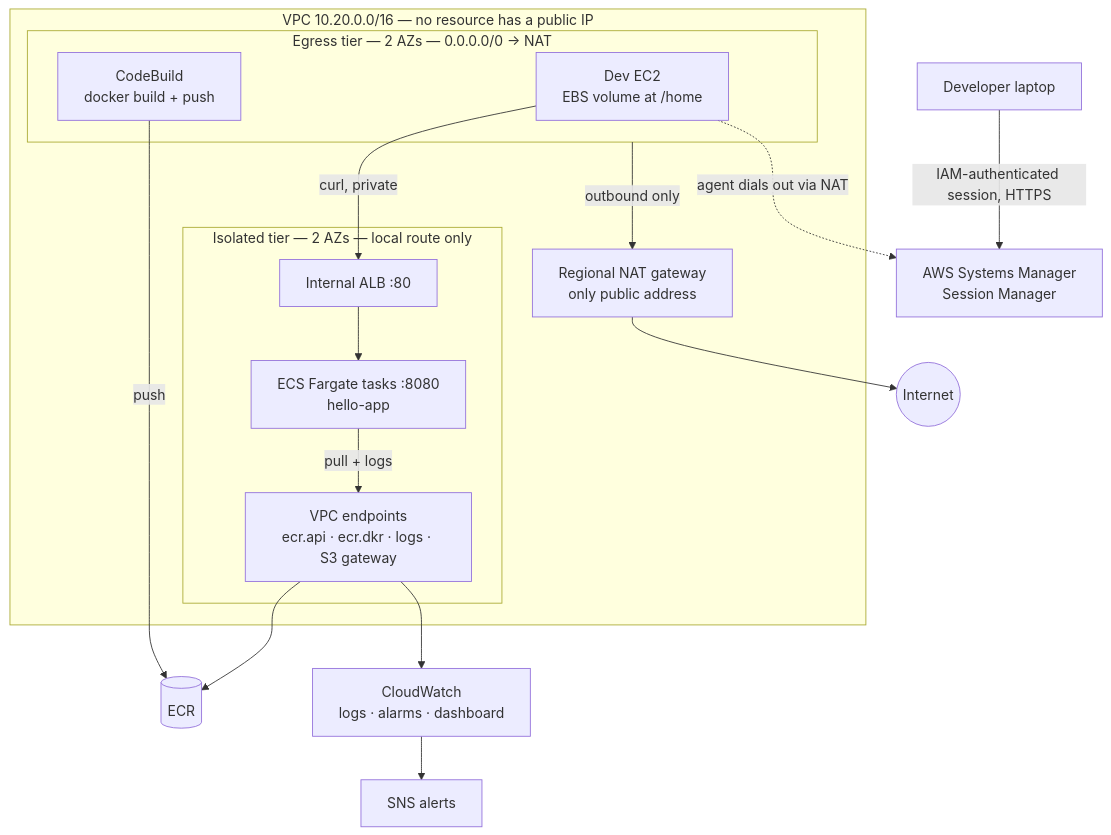
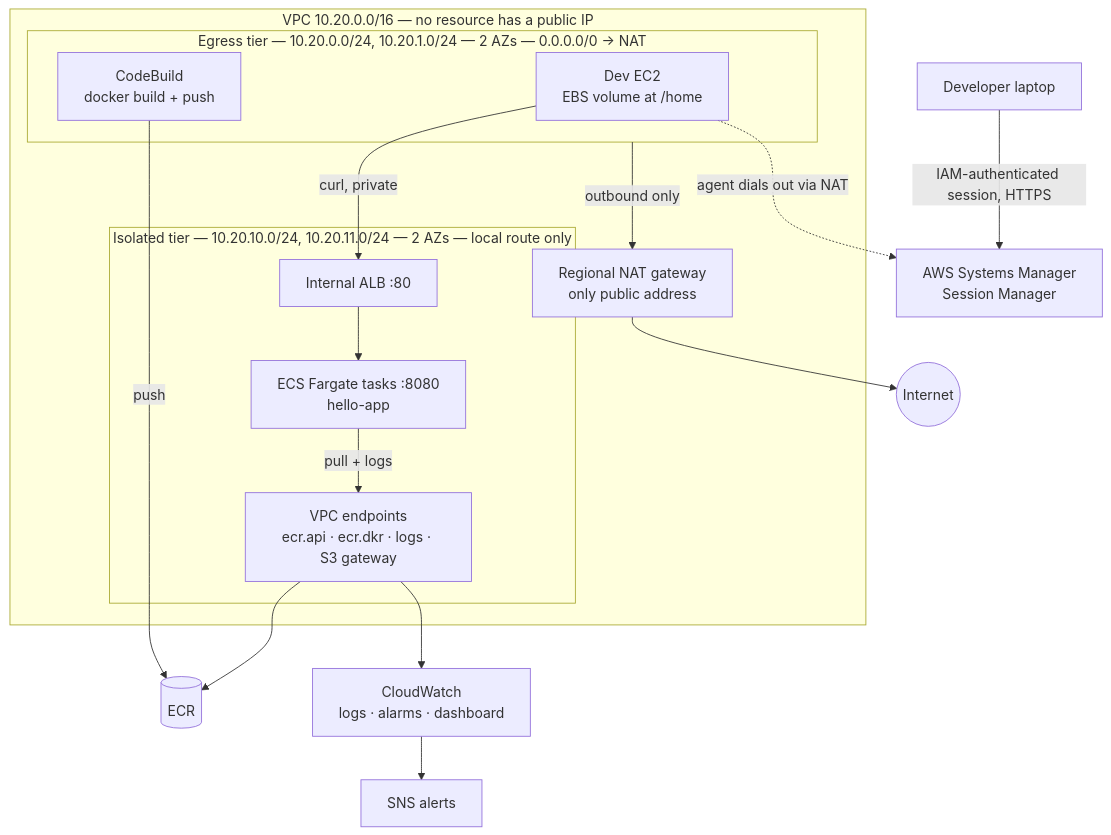
Before and after one commit to caelra/private-cloud-iac: the diagram in docs/architecture.md, drawn with Mermaid. The commit also changed 1 other file, not shown here.

Commit message:
docs: fix README command paths

````diff
--- a/docs/architecture.md
+++ b/docs/architecture.md
@@ -3,33 +3,33 @@
 ```mermaid
 flowchart TB
   dev[Developer laptop]
   inet((Internet))
   ssm[AWS Systems Manager<br/>Session Manager]
 
   subgraph vpc["VPC 10.20.0.0/16 — no resource has a public IP"]
     nat[Regional NAT gateway<br/>only public address]
 
-    subgraph egress["Egress tier — 2 AZs — 0.0.0.0/0 → NAT"]
+    subgraph egress["Egress tier — 10.20.0.0/24, 10.20.1.0/24 — 2 AZs — 0.0.0.0/0 → NAT"]
       ec2[Dev EC2<br/>EBS volume at /home]
       cb[CodeBuild<br/>docker build + push]
     end
 
-    subgraph isolated["Isolated tier — 2 AZs — local route only"]
+    subgraph isolated["Isolated tier — 10.20.10.0/24, 10.20.11.0/24 — 2 AZs — local route only"]
       alb[Internal ALB :80]
       ecs[ECS Fargate tasks :8080<br/>hello-app]
       vpce[VPC endpoints<br/>ecr.api · ecr.dkr · logs · S3 gateway]
     end
   end
 
   ecr[(ECR)]
   cw[CloudWatch<br/>logs · alarms · dashboard]
   sns[SNS alerts]
 
   dev -- "IAM-authenticated session, HTTPS" --> ssm
   ec2 -. "agent dials out via NAT" .-> ssm
   ec2 -- "curl, private" --> alb --> ecs
   egress -- "outbound only" --> nat --> inet
   cb -- push --> ecr
   ecs -- "pull + logs" --> vpce --> ecr
   vpce --> cw --> sns
 ```
````
